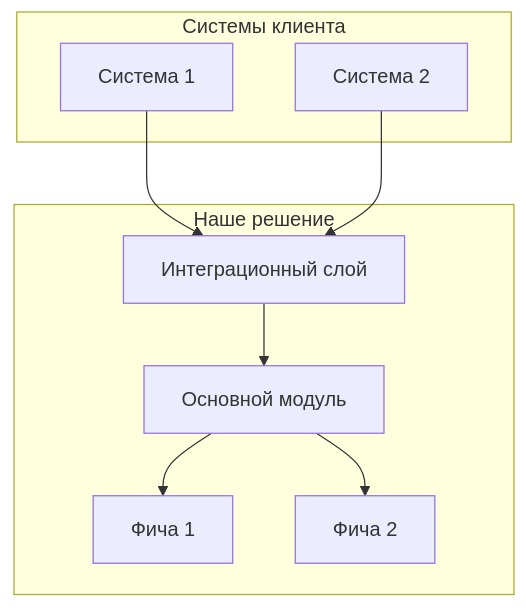
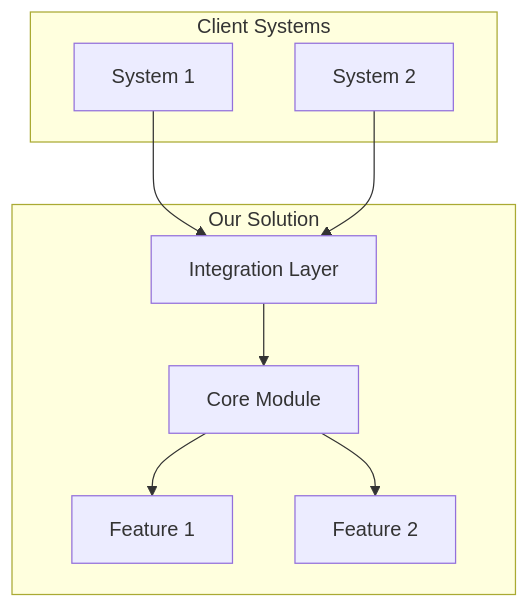
Before and after one commit to vasilievyakov/claude-skill-transcript-to-proposal: the diagram in SKILL.md, drawn with Mermaid. The commit also changed other lines of this file and 9 other files, not shown here.

````diff
--- a/SKILL.md
+++ b/SKILL.md
@@ -122,20 +122,20 @@
 ```mermaid
 graph TD
-    subgraph "Системы клиента"
-        A[Система 1]
-        B[Система 2]
+    subgraph "Client Systems"
+        A[System 1]
+        B[System 2]
     end
 
-    subgraph "Наше решение"
-        C[Интеграционный слой]
-        D[Основной модуль]
-        E[Фича 1]
-        F[Фича 2]
+    subgraph "Our Solution"
+        C[Integration Layer]
+        D[Core Module]
+        E[Feature 1]
+        F[Feature 2]
     end
 
     A --> C
     B --> C
     C --> D
     D --> E
     D --> F
 ```
````
